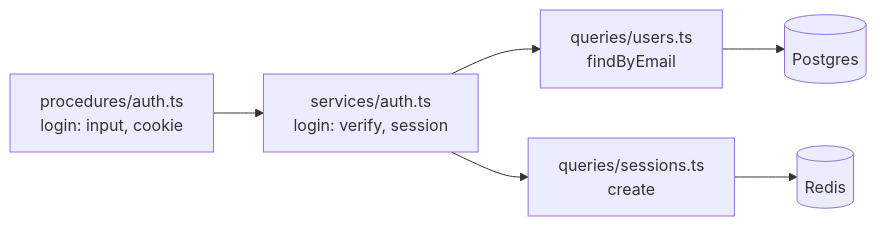
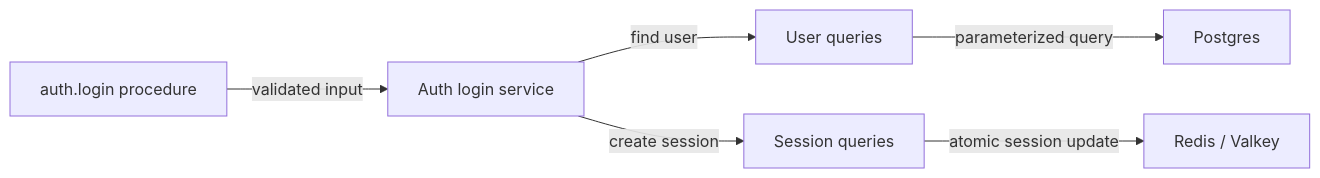
The diagram in docs/handbook/concepts/layered-api.md (maheshnd/minitickets), drawn with Mermaid before and after one commit. The commit also changed other lines of this file and 119 other files, not shown here.

````diff
--- a/docs/handbook/concepts/layered-api.md
+++ b/docs/handbook/concepts/layered-api.md
@@ -21,8 +18,8 @@
 ```mermaid
 flowchart LR
-    p["procedures/auth.ts<br/>login: input, cookie"] --> s["services/auth.ts<br/>login: verify, session"]
-    s --> q1["queries/users.ts<br/>findByEmail"]
-    s --> q2["queries/sessions.ts<br/>create"]
-    q1 --> pg[("Postgres")]
-    q2 --> r[("Redis")]
+procedure["auth.login procedure"] -->|"validated input"| service["Auth login service"]
+    service -->|"find user"| users["User queries"]
+    service -->|"create session"| sessions["Session queries"]
+    users -->|"parameterized query"| pg["Postgres"]
+    sessions -->|"atomic session update"| redis["Redis / Valkey"]
 ```
````
